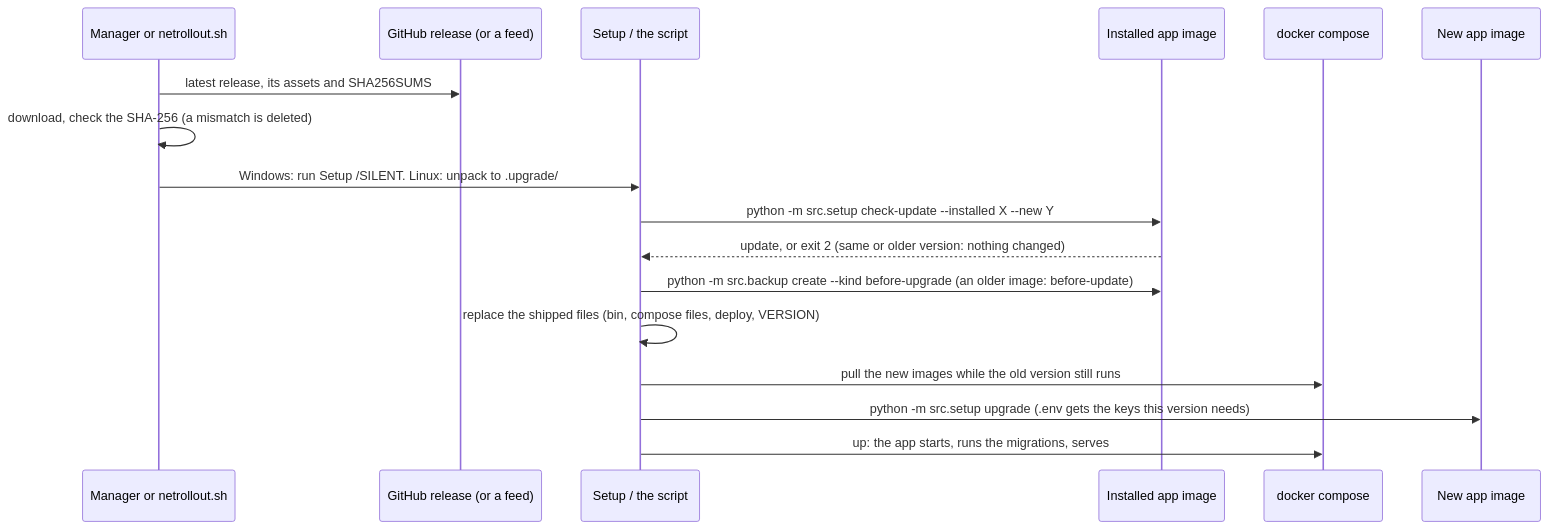
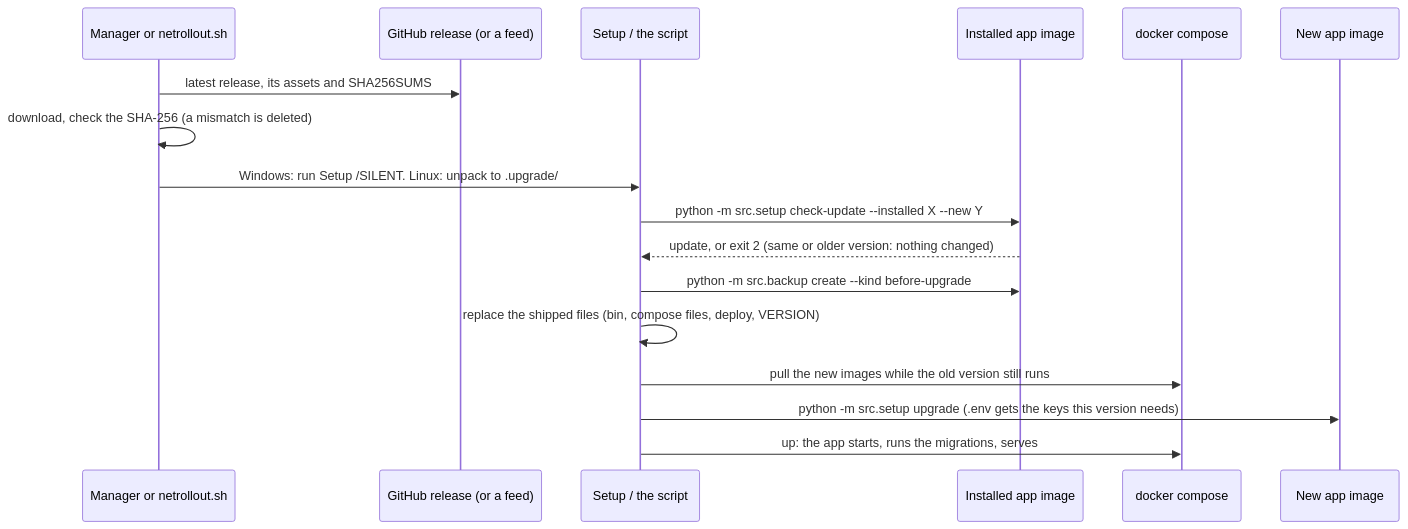
Diagram 13 of 15 in docs/architecture.md (itamar14-byte/NetRollout), drawn with Mermaid before and after one commit. The commit also changed other lines of this file and 12 other files, not shown here.

````diff
--- a/docs/architecture.md
+++ b/docs/architecture.md
@@ -1164,20 +1164,20 @@
 ```mermaid
 sequenceDiagram
     participant M as Manager or netrollout.sh
     participant G as GitHub release (or a feed)
     participant S as Setup / the script
     participant OLD as Installed app image
     participant C as docker compose
     participant NEW as New app image
 
     M->>G: latest release, its assets and SHA256SUMS
     M->>M: download, check the SHA-256 (a mismatch is deleted)
     M->>S: Windows: run Setup /SILENT. Linux: unpack to .upgrade/
     S->>OLD: python -m src.setup check-update --installed X --new Y
     OLD-->>S: update, or exit 2 (same or older version: nothing changed)
-    S->>OLD: python -m src.backup create --kind before-upgrade (an older image: before-update)
+    S->>OLD: python -m src.backup create --kind before-upgrade
     S->>S: replace the shipped files (bin, compose files, deploy, VERSION)
     S->>C: pull the new images while the old version still runs
     S->>NEW: python -m src.setup upgrade (.env gets the keys this version needs)
     S->>C: up: the app starts, runs the migrations, serves
 ```
````
